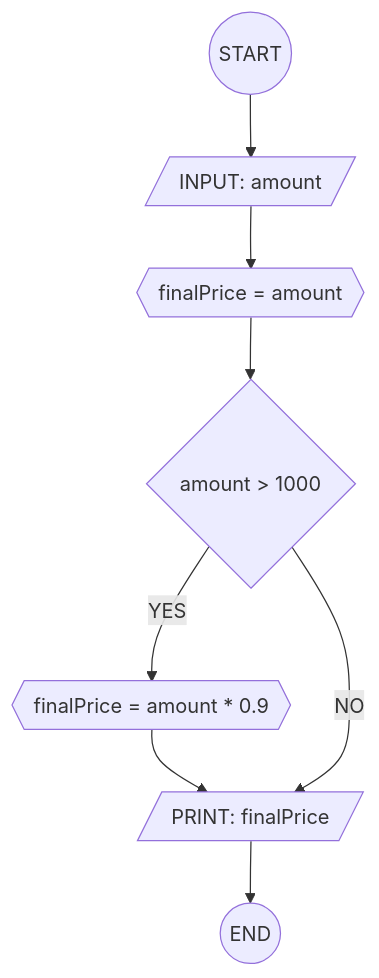
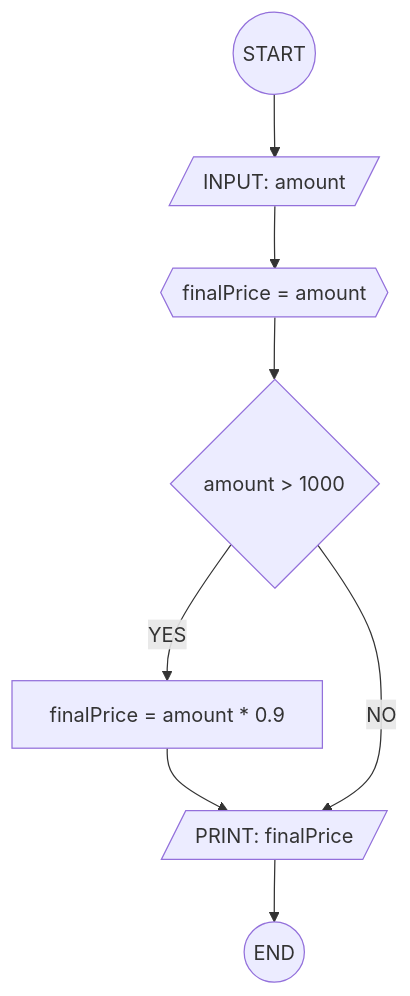
Before and after one commit to ihabau/lexicon-WS-flowchats: the second of 2 diagrams in Exercise10.md, drawn with Mermaid. The commit also changed other lines of this file, not shown here.

Commit message:
small corections

````diff
--- a/Exercise10.md
+++ b/Exercise10.md
@@ -34,9 +34,9 @@
 ```mermaid
 flowchart TD
 S((START)) --> IN[/INPUT: amount/]
 IN --> SET{{finalPrice = amount}}
 SET --> IF{amount > 1000}
-IF -- YES --> RES1{{finalPrice = amount * 0.9}}
+IF -- YES --> RES1[finalPrice = amount * 0.9]
 RES1 --> OUT[/PRINT: finalPrice/]
 IF -- NO --> OUT --> E((END))
 ```
````
